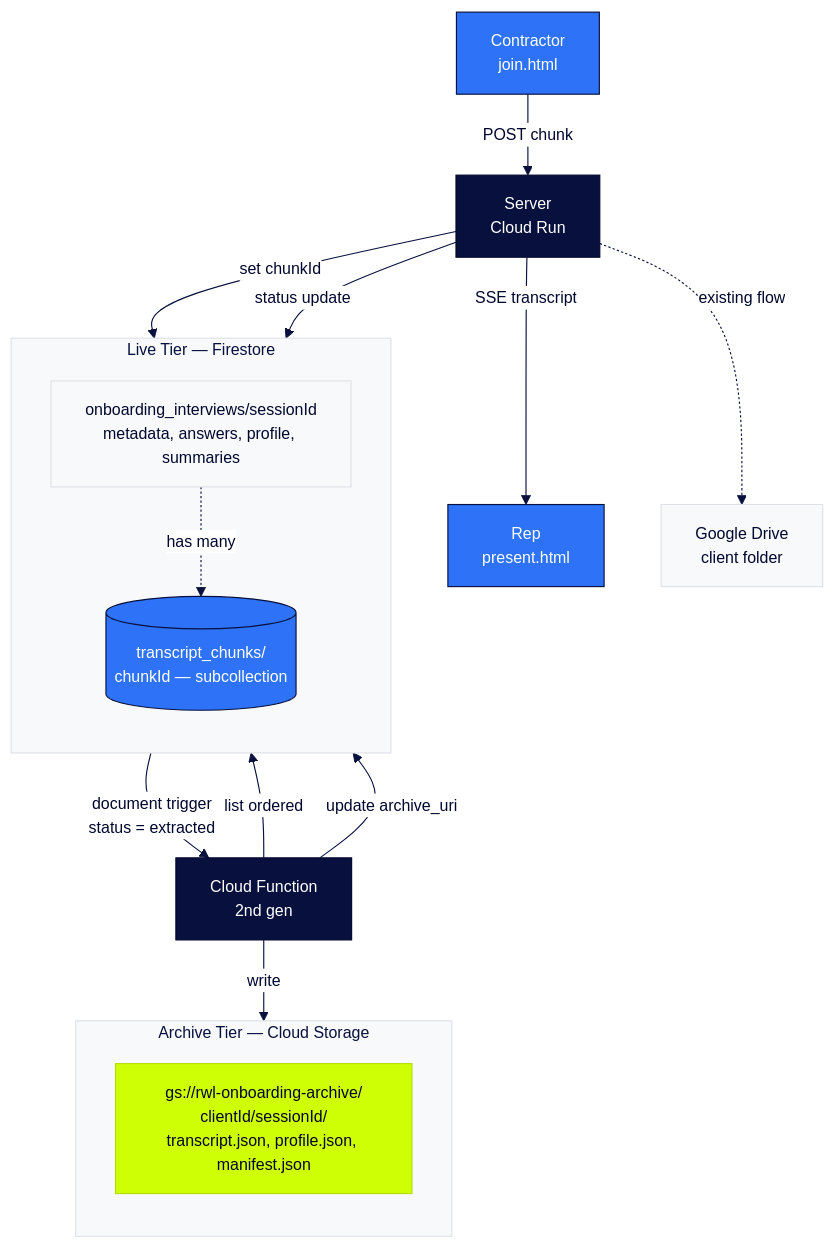
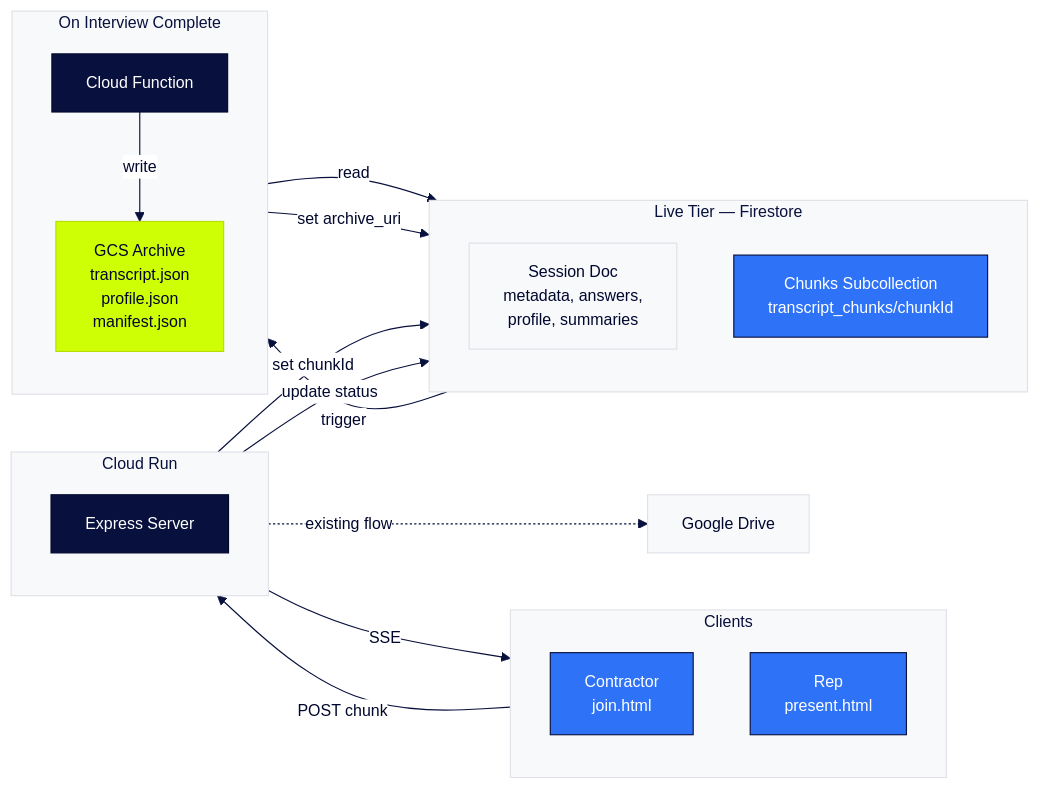
Before and after one commit to danielpalella/site-launch-tracker: the second of 7 diagrams in docs/features/2026-05-03-transcript-pipeline/TRD-TRANSCRIPT-PIPELINE.md, drawn with Mermaid. The commit also changed other lines of this file, not shown here.

Commit message:
Clean up Architecture and Data Model diagrams in TRD
Architecture: switch to LR layout with cleaner subgraph grouping
(Clients, Cloud Run, Live Tier, Completion) to eliminate crossing
edges between subgraph internals and external nodes.

Data Model: remove theme override that doesn't apply to erDiagram,
consolidate PROFILE fields into SESSION entity where they actually
live, add missing session fields for completeness.

````diff
--- a/docs/features/2026-05-03-transcript-pipeline/TRD-TRANSCRIPT-PIPELINE.md
+++ b/docs/features/2026-05-03-transcript-pipeline/TRD-TRANSCRIPT-PIPELINE.md
@@ -110,35 +110,44 @@
 ```mermaid
 %%{init: {'theme':'base','themeVariables':{'primaryColor':'#F8F9FB','primaryTextColor':'#00072D','primaryBorderColor':'#2D72F7','secondaryColor':'#F8F9FB','secondaryTextColor':'#00072D','secondaryBorderColor':'#DFE1E7','tertiaryColor':'#F8F9FB','tertiaryTextColor':'#00072D','tertiaryBorderColor':'#DFE1E7','lineColor':'#08103D','textColor':'#00072D','clusterBkg':'#F8F9FB','clusterBorder':'#DFE1E7','titleColor':'#08103D','edgeLabelBackground':'#FFFFFF','fontFamily':'Inter, Plus Jakarta Sans, sans-serif','fontSize':'14px'}}}%%
 
-flowchart TB
-    Contractor["Contractor<br/>join.html"]:::primary -->|POST chunk| Server["Server<br/>Cloud Run"]:::dark
-    Server -->|SSE transcript| Rep["Rep<br/>present.html"]:::primary
+flowchart LR
+    subgraph Clients["Clients"]
+        direction TB
+        Contractor["Contractor<br/>join.html"]:::primary
+        Rep["Rep<br/>present.html"]:::primary
+    end
+
+    subgraph Server["Cloud Run"]
+        direction TB
+        API["Express Server"]:::dark
+    end
 
     subgraph Live["Live Tier — Firestore"]
         direction TB
-        Parent["onboarding_interviews/sessionId<br/>metadata, answers, profile, summaries"]:::neutral
-        Chunks[("transcript_chunks/<br/>chunkId — subcollection")]:::primary
-        Parent -.->|has many| Chunks
+        Parent["Session Doc<br/>metadata, answers,<br/>profile, summaries"]:::neutral
+        Chunks["Chunks Subcollection<br/>transcript_chunks/chunkId"]:::primary
     end
 
-    Server -->|set chunkId| Chunks
-    Server -->|status update| Parent
-
-    Parent -->|"document trigger<br/>status = extracted"| CF["Cloud Function<br/>2nd gen"]:::dark
-    CF -->|list ordered| Chunks
-    CF -->|write| Archive
-    CF -->|update archive_uri| Parent
-
-    subgraph Archive["Archive Tier — Cloud Storage"]
+    subgraph Completion["On Interview Complete"]
         direction TB
-        GCS["gs://rwl-onboarding-archive/<br/>clientId/sessionId/<br/>transcript.json, profile.json, manifest.json"]:::accent
+        CF["Cloud Function"]:::dark
+        GCS["GCS Archive<br/>transcript.json<br/>profile.json<br/>manifest.json"]:::accent
     end
 
-    Server -.->|existing flow| Drive["Google Drive<br/>client folder"]:::neutral
+    Drive["Google Drive"]:::neutral
+
+    Contractor -->|POST chunk| API
+    API -->|SSE| Rep
+    API -->|set chunkId| Chunks
+    API -->|update status| Parent
+    API -.->|existing flow| Drive
+    Parent -->|trigger| CF
+    CF -->|read| Chunks
+    CF -->|write| GCS
+    CF -->|set archive_uri| Parent
 
     classDef primary fill:#2D72F7,stroke:#08103D,color:#FFFFFF
     classDef dark    fill:#08103D,stroke:#00072D,color:#FFFFFF
     classDef accent  fill:#CFFF04,stroke:#B5DD08,color:#00072D
     classDef neutral fill:#F8F9FB,stroke:#DFE1E7,color:#00072D
-    classDef error   fill:#FF443D,stroke:#FF443D,color:#FFFFFF
 ```
````
